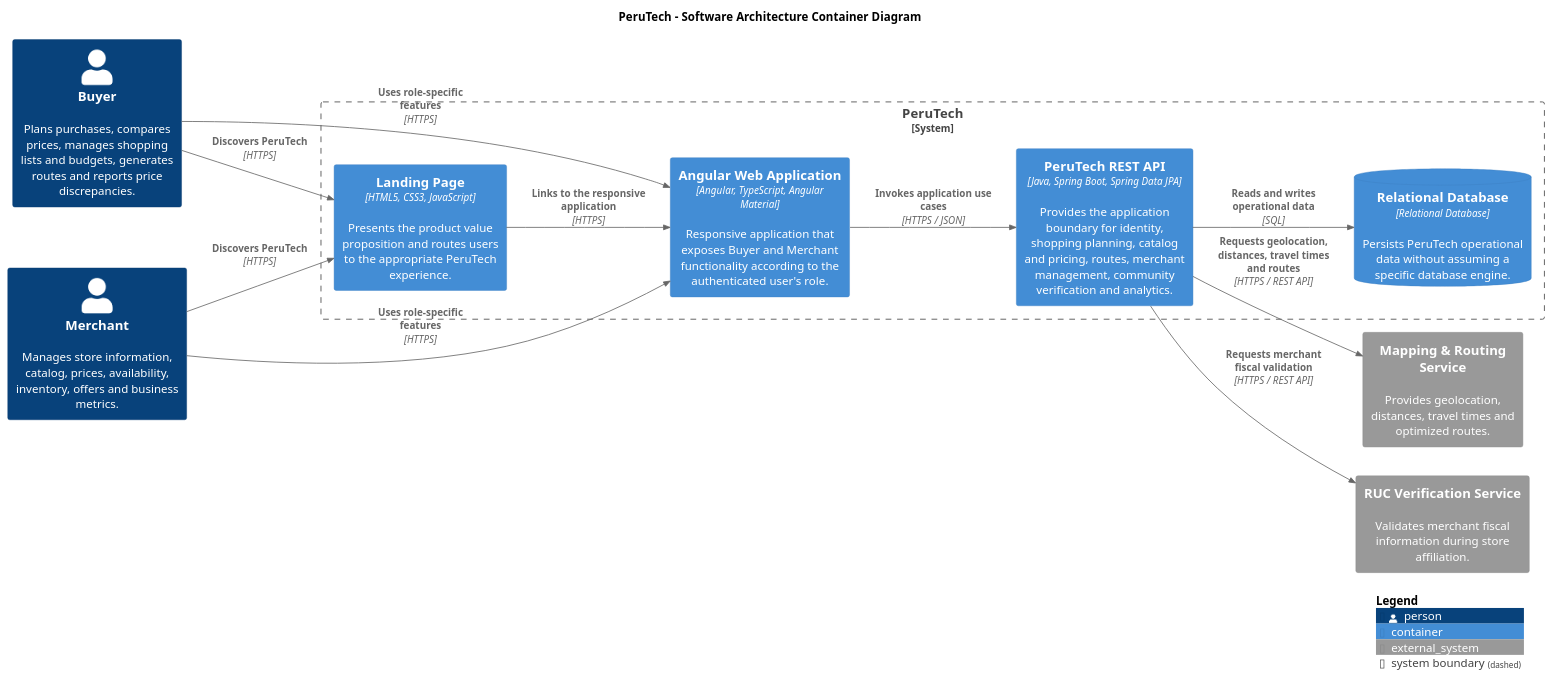
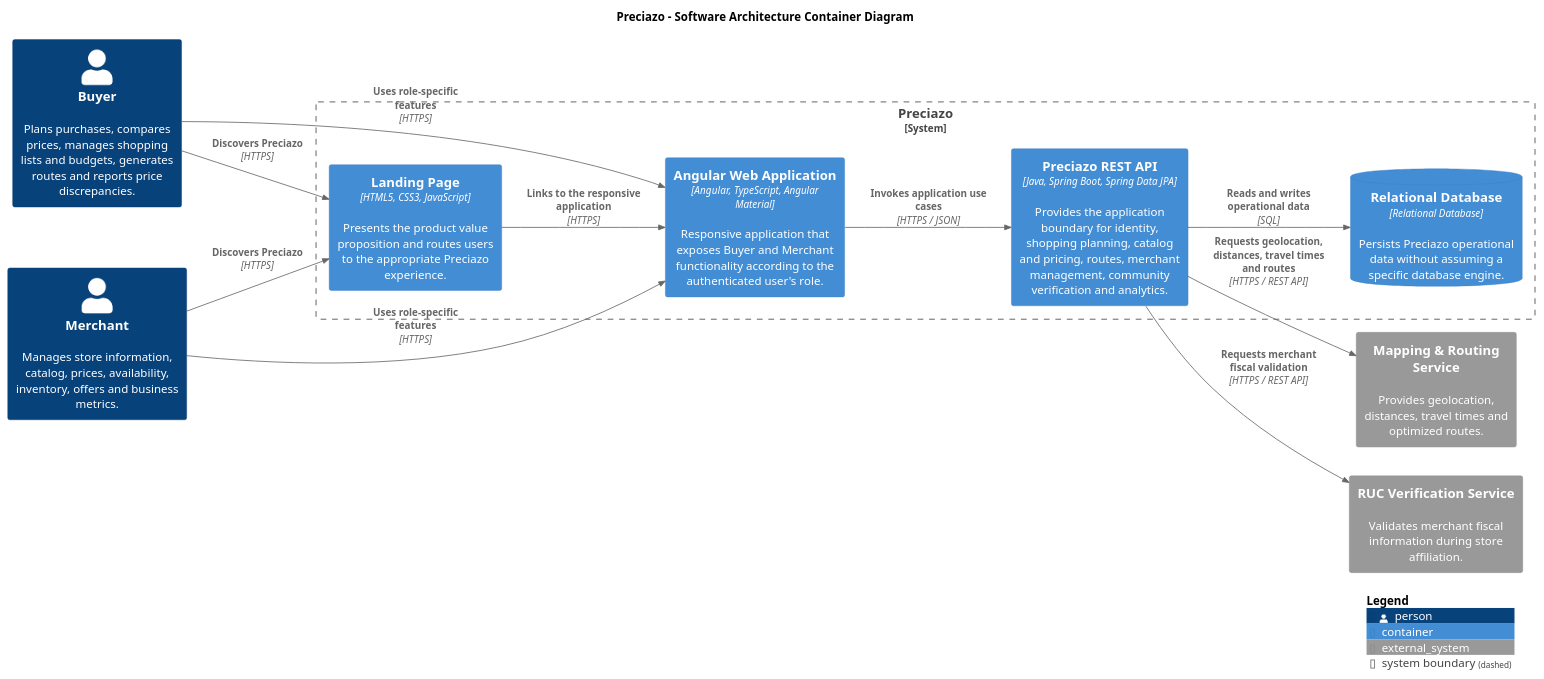
The diagram in docs/architecture/c4-container.puml (Open-Source-1ASI0729-2620-7750/PeruTech-Report), drawn with PlantUML before and after one commit.

Commit message:
Rename PeruTech to Preciazo in architecture diagram

```diff
--- a/docs/architecture/c4-container.puml
+++ b/docs/architecture/c4-container.puml
@@ -1,39 +1,39 @@
-@startuml PeruTech_C4_Container
+@startuml Preciazo_C4_Container
 
 !include <C4/C4_Container>
 
 LAYOUT_LEFT_RIGHT()
 
-title PeruTech - Software Architecture Container Diagram
+title Preciazo - Software Architecture Container Diagram
 
 Person(buyer, "Buyer", "Plans purchases, compares prices, manages shopping lists and budgets, generates routes and reports price discrepancies.")
 
 Person(merchant, "Merchant", "Manages store information, catalog, prices, availability, inventory, offers and business metrics.")
 
 System_Ext(routing, "Mapping & Routing Service", "Provides geolocation, distances, travel times and optimized routes.")
 
 System_Ext(ruc, "RUC Verification Service", "Validates merchant fiscal information during store affiliation.")
 
-System_Boundary(perutech, "PeruTech") {
-    Container(landing, "Landing Page", "HTML5, CSS3, JavaScript", "Presents the product value proposition and routes users to the appropriate PeruTech experience.")
+System_Boundary(perutech, "Preciazo") {
+    Container(landing, "Landing Page", "HTML5, CSS3, JavaScript", "Presents the product value proposition and routes users to the appropriate Preciazo experience.")
 
     Container(web, "Angular Web Application", "Angular, TypeScript, Angular Material", "Responsive application that exposes Buyer and Merchant functionality according to the authenticated user's role.")
 
-    Container(api, "PeruTech REST API", "Java, Spring Boot, Spring Data JPA", "Provides the application boundary for identity, shopping planning, catalog and pricing, routes, merchant management, community verification and analytics.")
+    Container(api, "Preciazo REST API", "Java, Spring Boot, Spring Data JPA", "Provides the application boundary for identity, shopping planning, catalog and pricing, routes, merchant management, community verification and analytics.")
 
-    ContainerDb(database, "Relational Database", "Relational Database", "Persists PeruTech operational data without assuming a specific database engine.")
+    ContainerDb(database, "Relational Database", "Relational Database", "Persists Preciazo operational data without assuming a specific database engine.")
 }
 
-Rel(buyer, landing, "Discovers PeruTech", "HTTPS")
-Rel(merchant, landing, "Discovers PeruTech", "HTTPS")
+Rel(buyer, landing, "Discovers Preciazo", "HTTPS")
+Rel(merchant, landing, "Discovers Preciazo", "HTTPS")
 Rel(buyer, web, "Uses role-specific features", "HTTPS")
 Rel(merchant, web, "Uses role-specific features", "HTTPS")
 Rel(landing, web, "Links to the responsive application", "HTTPS")
 Rel(web, api, "Invokes application use cases", "HTTPS / JSON")
 Rel(api, database, "Reads and writes operational data", "SQL")
 Rel(api, routing, "Requests geolocation, distances, travel times and routes", "HTTPS / REST API")
 Rel(api, ruc, "Requests merchant fiscal validation", "HTTPS / REST API")
 
 SHOW_LEGEND()
 
 @enduml
```
